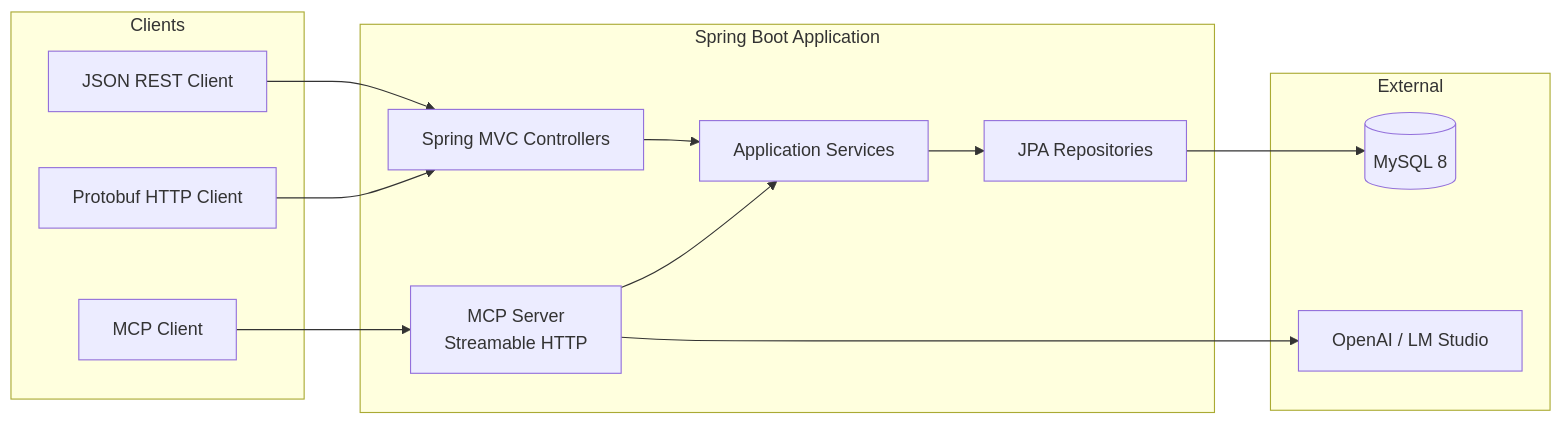
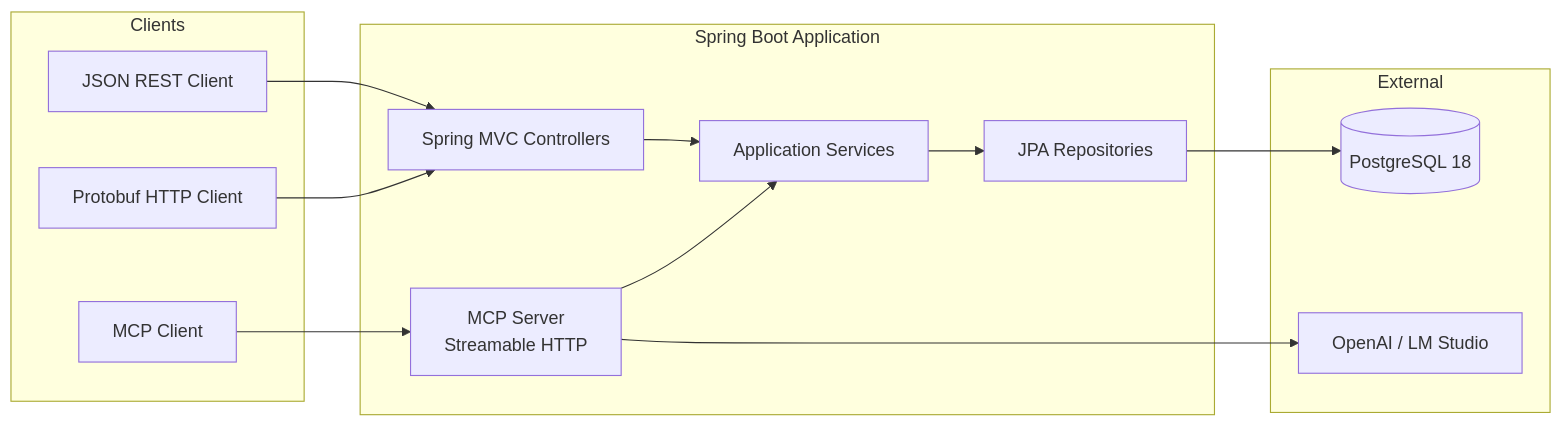
The diagram in README.md (egulay/helpdesk), drawn with Mermaid before and after one commit. The commit also changed other lines of this file and 6 other files, not shown here.

````diff
--- a/README.md
+++ b/README.md
@@ -35,31 +35,31 @@
 ```mermaid
 flowchart LR
     subgraph Clients
         JSON[JSON REST Client]
         PB[Protobuf HTTP Client]
         MCP[MCP Client]
     end
 
     subgraph Application["Spring Boot Application"]
         MVC[Spring MVC Controllers]
         MCP_SERVER[MCP Server<br/>Streamable HTTP]
         SERVICES[Application Services]
         REPOS[JPA Repositories]
     end
 
     subgraph External
         AI[OpenAI / LM Studio]
-        DB[(MySQL 8)]
+        DB[(PostgreSQL 18)]
     end
 
     JSON --> MVC
     PB --> MVC
     MCP --> MCP_SERVER
 
     MVC --> SERVICES
     MCP_SERVER --> SERVICES
     SERVICES --> REPOS
     REPOS --> DB
 
     MCP_SERVER --> AI
 ```
````
